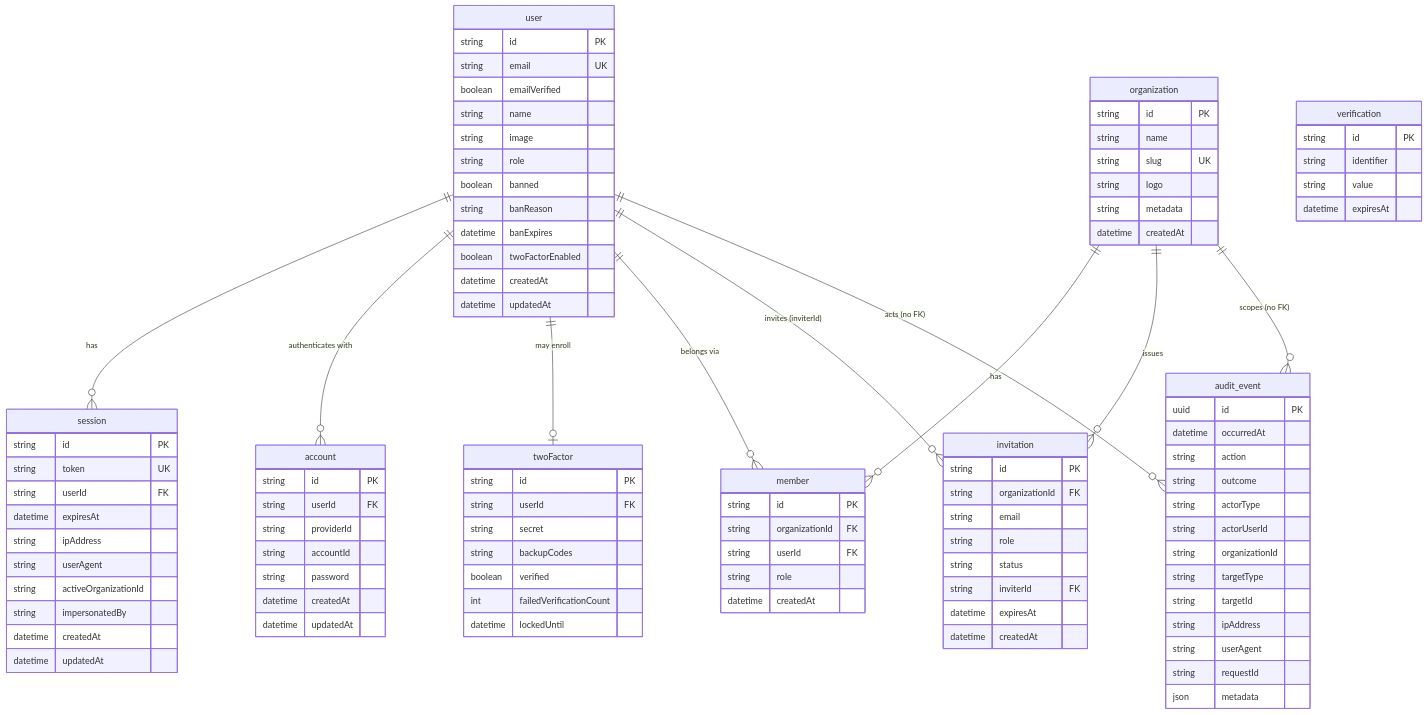
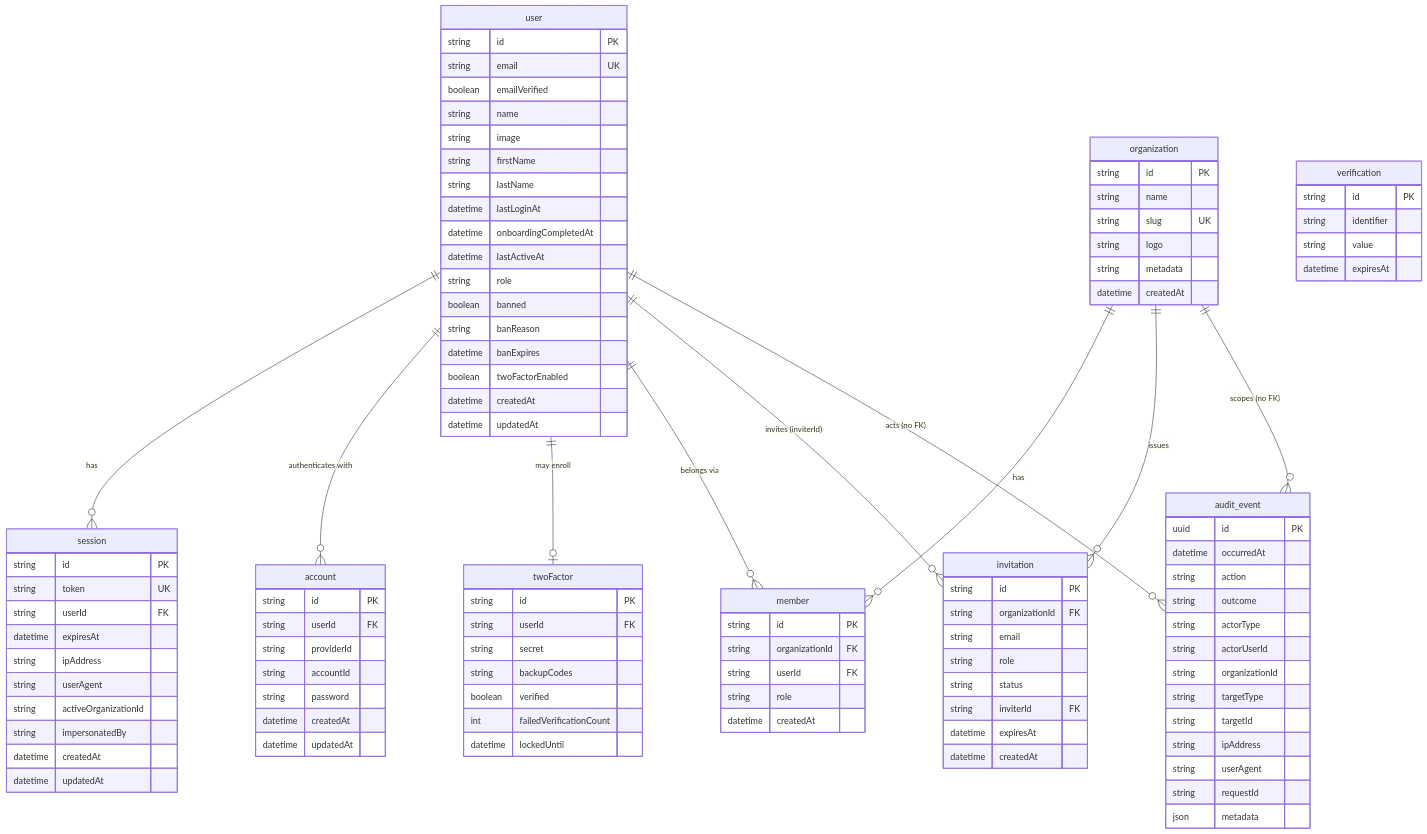
The fifth of 7 diagrams in docs/user-management/README.md (mehdi-lakhzouri/REDOVA), drawn with Mermaid before and after one commit. The commit also changed other lines of this file and 73 other files, not shown here.

```diff
--- a/docs/user-management/README.md
+++ b/docs/user-management/README.md
@@ -743,6 +743,11 @@
         boolean emailVerified
         string name
         string image
+        string firstName
+        string lastName
+        datetime lastLoginAt
+        datetime onboardingCompletedAt
+        datetime lastActiveAt
         string role
         boolean banned
         string banReason
```
